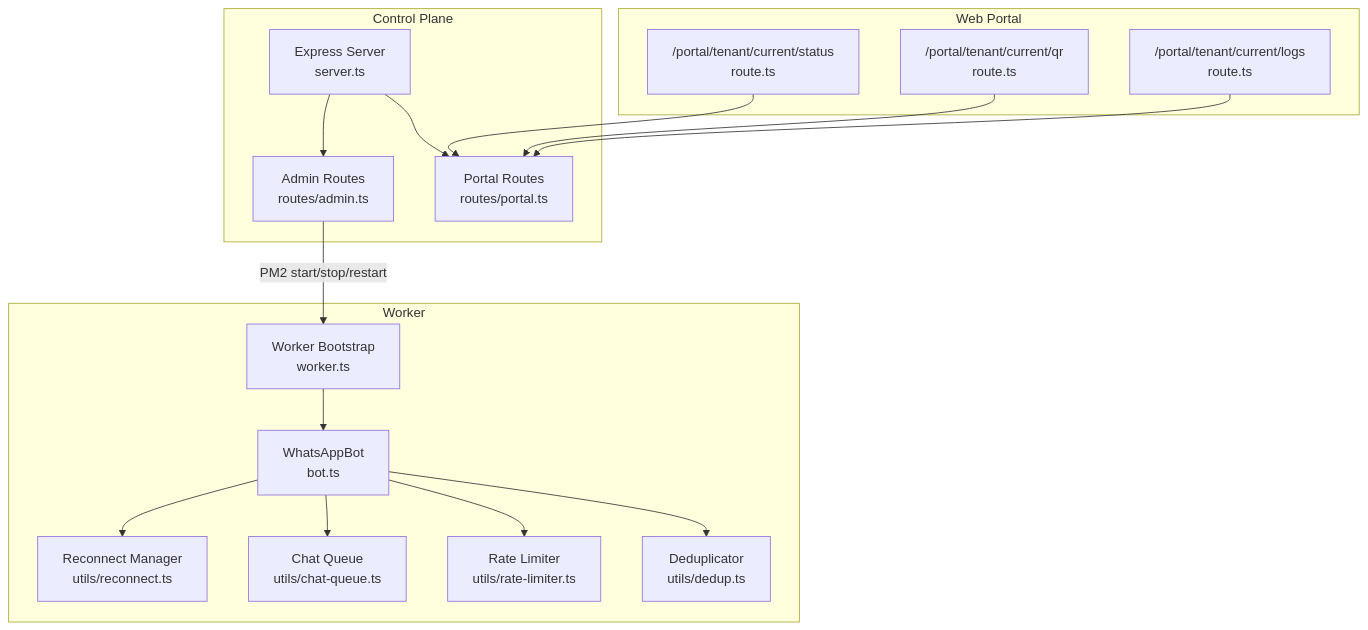
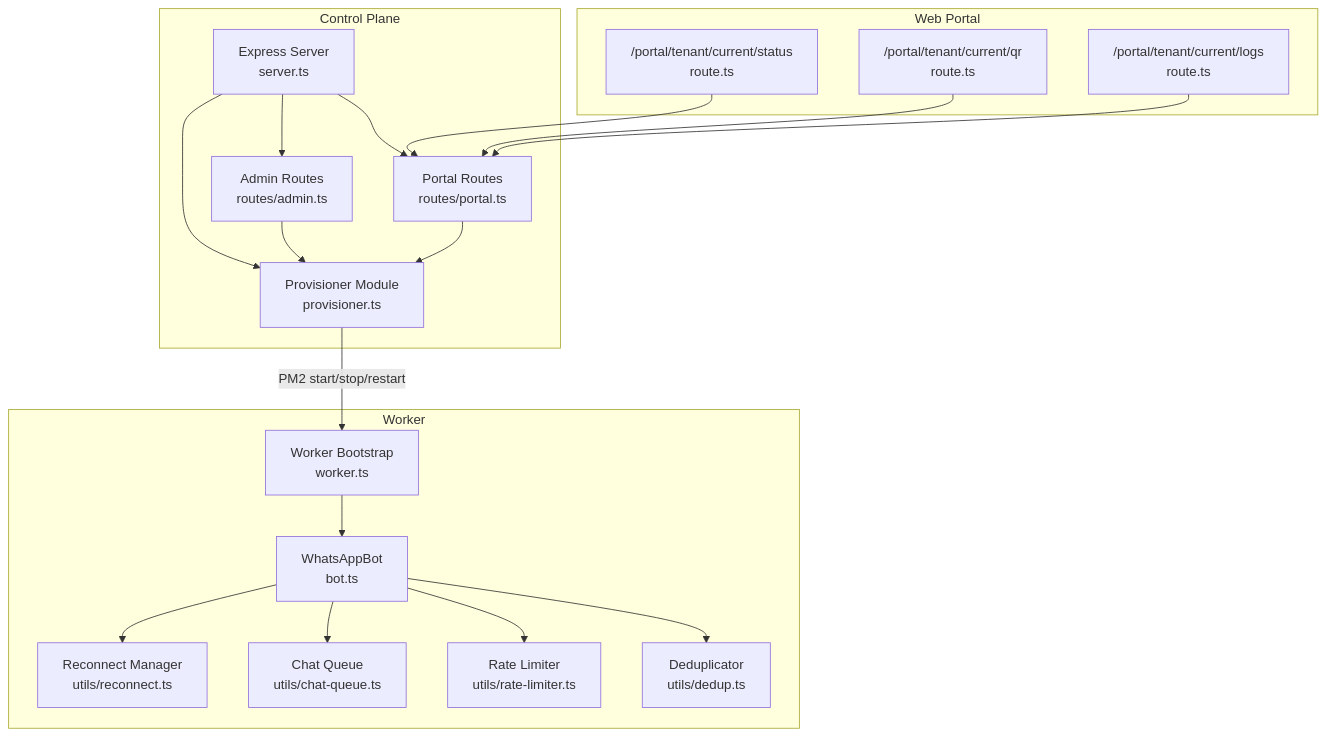
One commit to askchiwa-spec/FLOW-HQ-BOT changed the first of 8 diagrams in .qoder/repowiki/en/content/Worker Orchestration/Worker Orchestration.md. Above: the diagram before and after it, drawn with Mermaid. The commit also changed other lines of this file and 27 other files, not shown here.

````diff
--- a/.qoder/repowiki/en/content/Worker Orchestration/Worker Orchestration.md
+++ b/.qoder/repowiki/en/content/Worker Orchestration/Worker Orchestration.md
@@ -44,32 +55,36 @@
 ```mermaid
 graph TB
 subgraph "Control Plane"
 CP_Server["Express Server<br/>server.ts"]
 CP_Admin["Admin Routes<br/>routes/admin.ts"]
 CP_Portal["Portal Routes<br/>routes/portal.ts"]
+CP_Provisioner["Provisioner Module<br/>provisioner.ts"]
 end
 subgraph "Worker"
 W_Worker["Worker Bootstrap<br/>worker.ts"]
 W_Bot["WhatsAppBot<br/>bot.ts"]
 W_Reconnect["Reconnect Manager<br/>utils/reconnect.ts"]
 W_Queue["Chat Queue<br/>utils/chat-queue.ts"]
 W_Rate["Rate Limiter<br/>utils/rate-limiter.ts"]
 W_Dedup["Deduplicator<br/>utils/dedup.ts"]
 end
 subgraph "Web Portal"
 WP_API_Status["/portal/tenant/current/status<br/>route.ts"]
 WP_API_QR["/portal/tenant/current/qr<br/>route.ts"]
 WP_API_Logs["/portal/tenant/current/logs<br/>route.ts"]
 end
 CP_Server --> CP_Admin
 CP_Server --> CP_Portal
-CP_Admin --> |"PM2 start/stop/restart"| W_Worker
+CP_Server --> CP_Provisioner
+CP_Admin --> CP_Provisioner
+CP_Portal --> CP_Provisioner
+CP_Provisioner --> |"PM2 start/stop/restart"| W_Worker
 W_Worker --> W_Bot
 W_Bot --> W_Reconnect
 W_Bot --> W_Queue
 W_Bot --> W_Rate
 W_Bot --> W_Dedup
 WP_API_Status --> CP_Portal
 WP_API_QR --> CP_Portal
 WP_API_Logs --> CP_Portal
 ```
````
